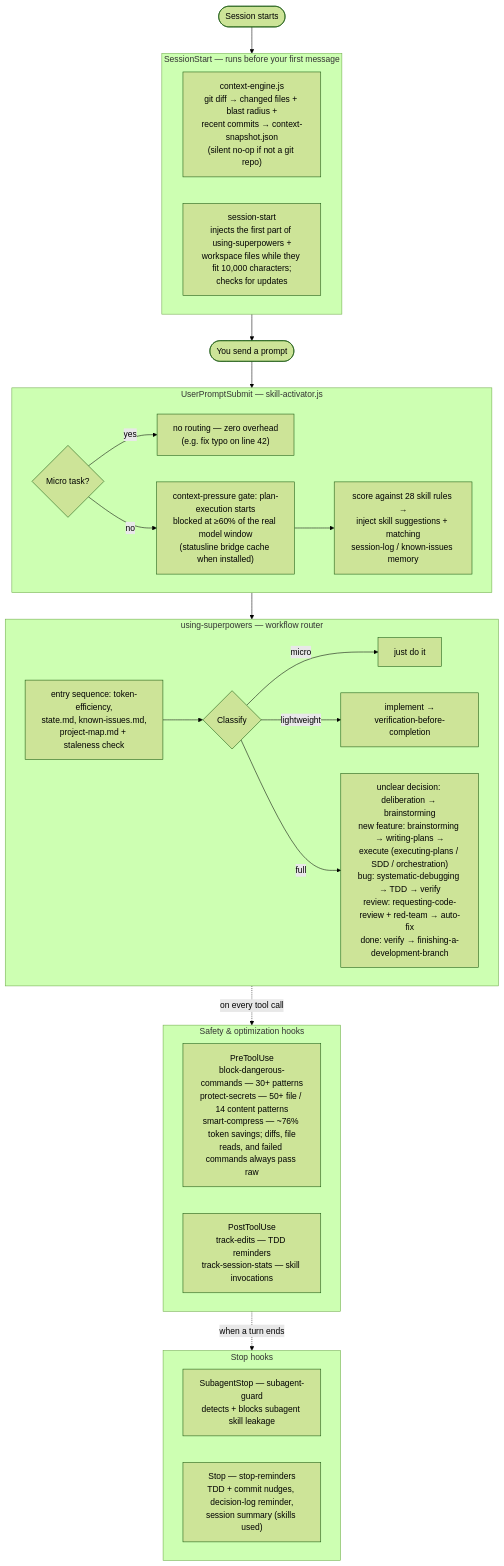
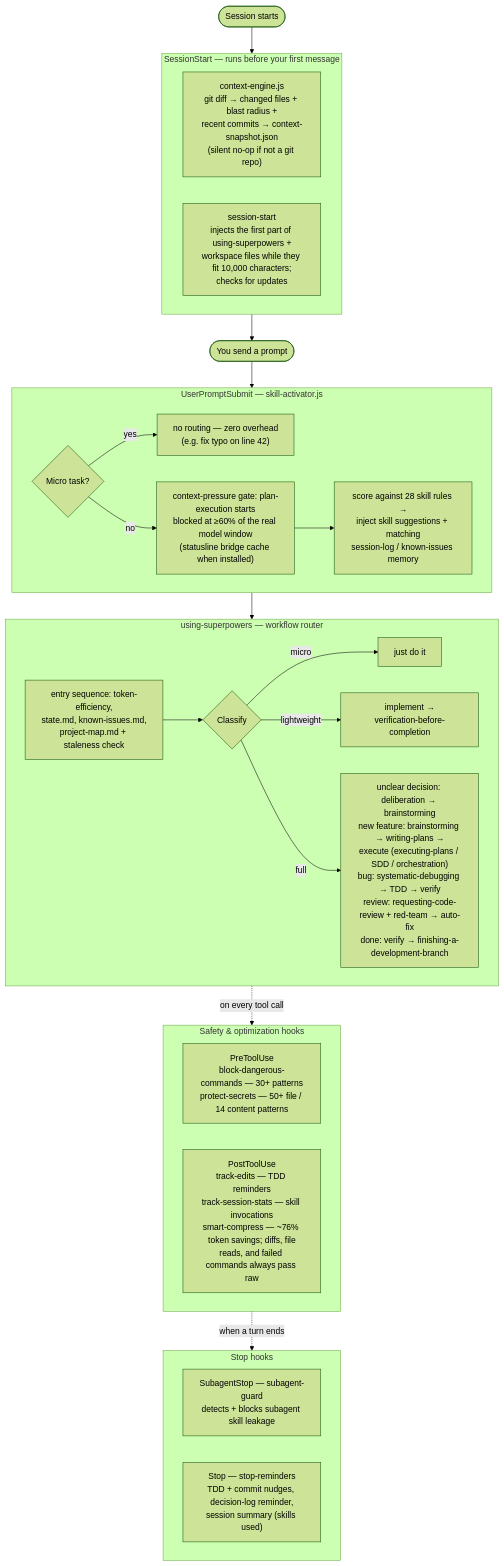
One commit to brunob54/superpowers-optimized changed the diagram in README.md. Above: the diagram before and after it, drawn with Mermaid (forest theme). The commit also changed other lines of this file and 10 other files, not shown here.

````diff
--- a/README.md
+++ b/README.md
@@ -90,42 +90,42 @@
 ```mermaid
 flowchart TD
     START([Session starts]) --> SS
 
     subgraph SS["SessionStart — runs before your first message"]
         CE["context-engine.js<br/>git diff → changed files + blast radius +<br/>recent commits → context-snapshot.json<br/>(silent no-op if not a git repo)"]
         SST["session-start<br/>injects the first part of using-superpowers +<br/>workspace files while they fit 10,000 characters;<br/>checks for updates"]
     end
 
     SS --> PROMPT([You send a prompt])
     PROMPT --> SA
 
     subgraph SA["UserPromptSubmit — skill-activator.js"]
         Q1{"Micro task?"} -->|yes| Z1["no routing — zero overhead<br/>(e.g. fix typo on line 42)"]
         Q1 -->|no| PG["context-pressure gate: plan-execution starts<br/>blocked at ≥60% of the real model window<br/>(statusline bridge cache when installed)"]
         PG --> SCORE["score against 28 skill rules →<br/>inject skill suggestions + matching<br/>session-log / known-issues memory"]
     end
 
     SA --> RT
 
     subgraph RT["using-superpowers — workflow router"]
         ES["entry sequence: token-efficiency,<br/>state.md, known-issues.md,<br/>project-map.md + staleness check"]
         ES --> CLS{"Classify"}
         CLS -->|micro| JD["just do it"]
         CLS -->|lightweight| LW["implement →<br/>verification-before-completion"]
         CLS -->|full| FULL["unclear decision: deliberation → brainstorming<br/>new feature: brainstorming → writing-plans →<br/>execute (executing-plans / SDD / orchestration)<br/>bug: systematic-debugging → TDD → verify<br/>review: requesting-code-review + red-team → auto-fix<br/>done: verify → finishing-a-development-branch"]
     end
 
     RT -.->|"on every tool call"| TOOLS
 
     subgraph TOOLS["Safety & optimization hooks"]
-        PRE["PreToolUse<br/>block-dangerous-commands — 30+ patterns<br/>protect-secrets — 50+ file / 14 content patterns<br/>smart-compress — ~76% token savings; diffs, file<br/>reads, and failed commands always pass raw"]
-        POST["PostToolUse<br/>track-edits — TDD reminders<br/>track-session-stats — skill invocations"]
+        PRE["PreToolUse<br/>block-dangerous-commands — 30+ patterns<br/>protect-secrets — 50+ file / 14 content patterns"]
+        POST["PostToolUse<br/>track-edits — TDD reminders<br/>track-session-stats — skill invocations<br/>smart-compress — ~76% token savings; diffs, file<br/>reads, and failed commands always pass raw"]
     end
 
     TOOLS -.->|"when a turn ends"| STOPS
 
     subgraph STOPS["Stop hooks"]
         SG["SubagentStop — subagent-guard<br/>detects + blocks subagent skill leakage"]
         SR["Stop — stop-reminders<br/>TDD + commit nudges, decision-log reminder,<br/>session summary (skills used)"]
     end
 ```
````
